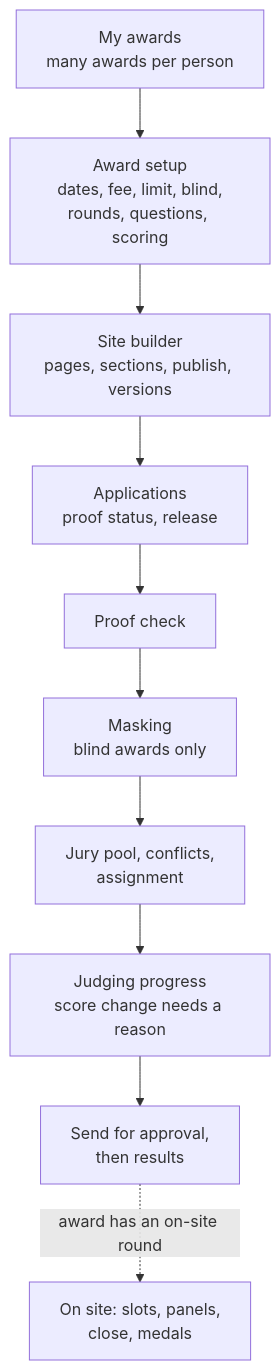
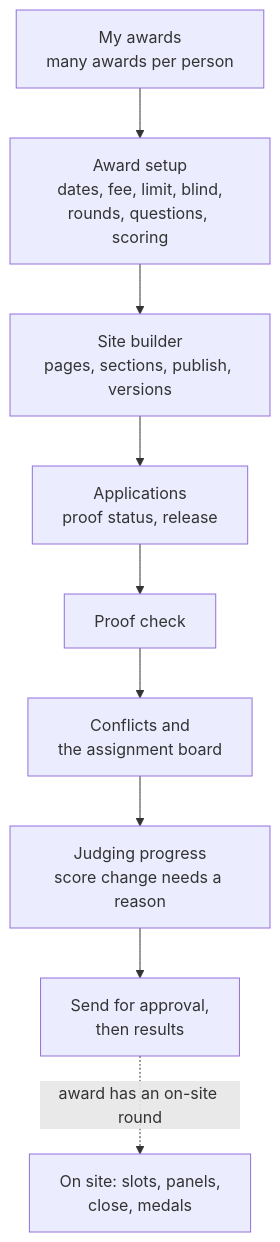
Before and after one commit to sumitdwivedi01/EigthyAwards: the fourth of 7 diagrams in docs/ui/README.md, drawn with Mermaid. The commit also changed other lines of this file and 21 other files, not shown here.

````diff
--- a/docs/ui/README.md
+++ b/docs/ui/README.md
@@ -69,9 +69,9 @@
 ```mermaid
 flowchart TD
     S1["My awards<br/>many awards per person"] --> S2["Award setup<br/>dates, fee, limit, blind,<br/>rounds, questions, scoring"]
     S2 --> S3["Site builder<br/>pages, sections, publish, versions"]
     S3 --> S4["Applications<br/>proof status, release"]
-    S4 --> S5["Proof check"] --> S6["Masking<br/>blind awards only"] --> S7["Jury pool, conflicts,<br/>assignment"]
+    S4 --> S5["Proof check"] --> S7["Conflicts and<br/>the assignment board"]
     S7 --> S8["Judging progress<br/>score change needs a reason"] --> S9["Send for approval,<br/>then results"]
     S9 -.->|award has an on-site round| S10["On site: slots, panels,<br/>close, medals"]
 ```
````
